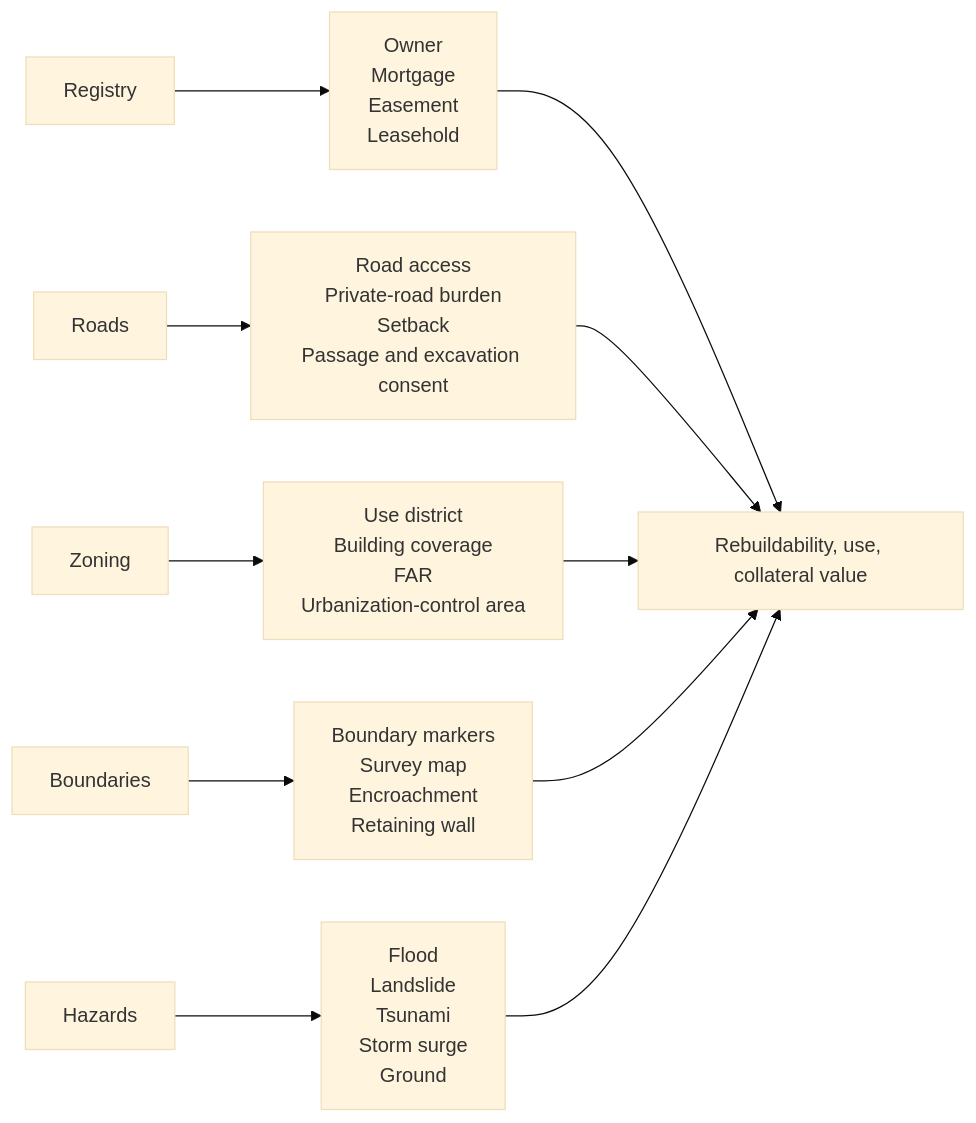
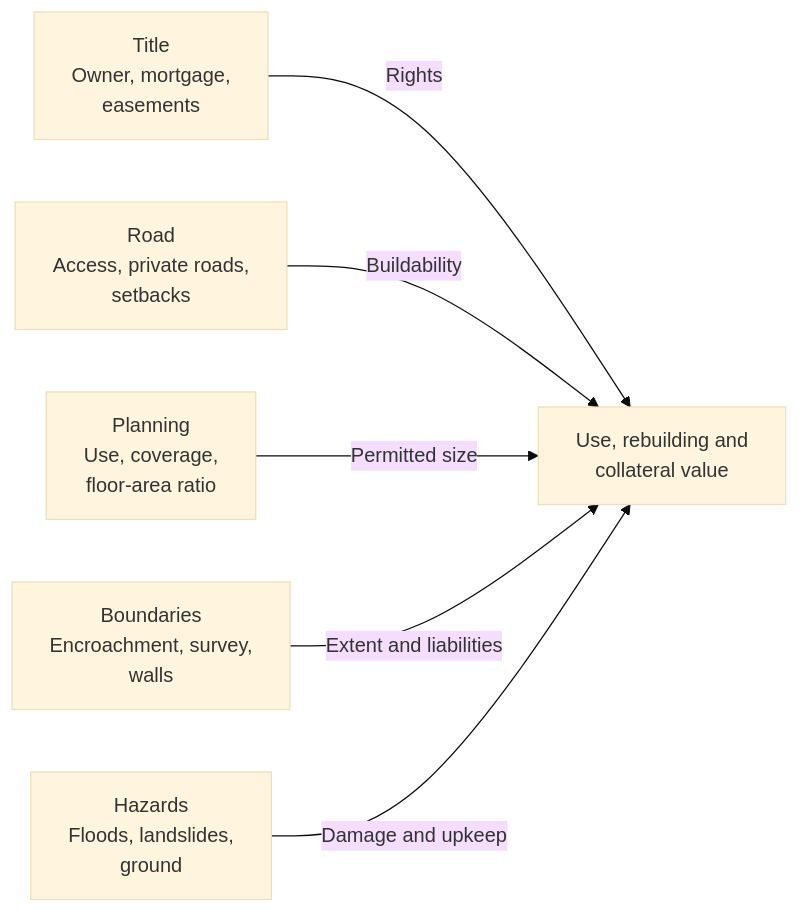
One commit to daylight55/research changed the second of 2 diagrams in articles/report/detached-house-purchase-checklist/en/index.mdx. Above: the diagram before and after it, drawn with Mermaid (base theme). The commit also changed other lines of this file and 181 other files, not shown here.

First line of the commit message:
全記事の図解368点を再生成し、共通注意書きを削除 (#402)

````diff
--- a/articles/report/detached-house-purchase-checklist/en/index.mdx
+++ b/articles/report/detached-house-purchase-checklist/en/index.mdx
@@ -117,13 +120,16 @@
 ```mermaid
 flowchart LR
-  A["Registry"] --> A1["Owner<br/>Mortgage<br/>Easement<br/>Leasehold"]
-  B["Roads"] --> B1["Road access<br/>Private-road burden<br/>Setback<br/>Passage and excavation consent"]
-  C["Zoning"] --> C1["Use district<br/>Building coverage<br/>FAR<br/>Urbanization-control area"]
-  D["Boundaries"] --> D1["Boundary markers<br/>Survey map<br/>Encroachment<br/>Retaining wall"]
-  E["Hazards"] --> E1["Flood<br/>Landslide<br/>Tsunami<br/>Storm surge<br/>Ground"]
-  A1 --> F["Rebuildability, use, collateral value"]
-  B1 --> F
-  C1 --> F
-  D1 --> F
-  E1 --> F
+  accTitle: Checks that affect land use and rebuilding
+  accDescr: Investigate title, road access, planning, boundaries and hazards separately, then assess their effect on use and collateral value.
+  N0["Title<br/>Owner, mortgage,<br/>easements"]
+  N1["Road<br/>Access, private roads,<br/>setbacks"]
+  N2["Planning<br/>Use, coverage,<br/>floor-area ratio"]
+  N3["Boundaries<br/>Encroachment, survey,<br/>walls"]
+  N4["Hazards<br/>Floods, landslides,<br/>ground"]
+  N5["Use, rebuilding and<br/>collateral value"]
+  N0 -->|Rights| N5
+  N1 -->|Buildability| N5
+  N2 -->|Permitted size| N5
+  N3 -->|Extent and liabilities| N5
+  N4 -->|Damage and upkeep| N5
 ```
````
